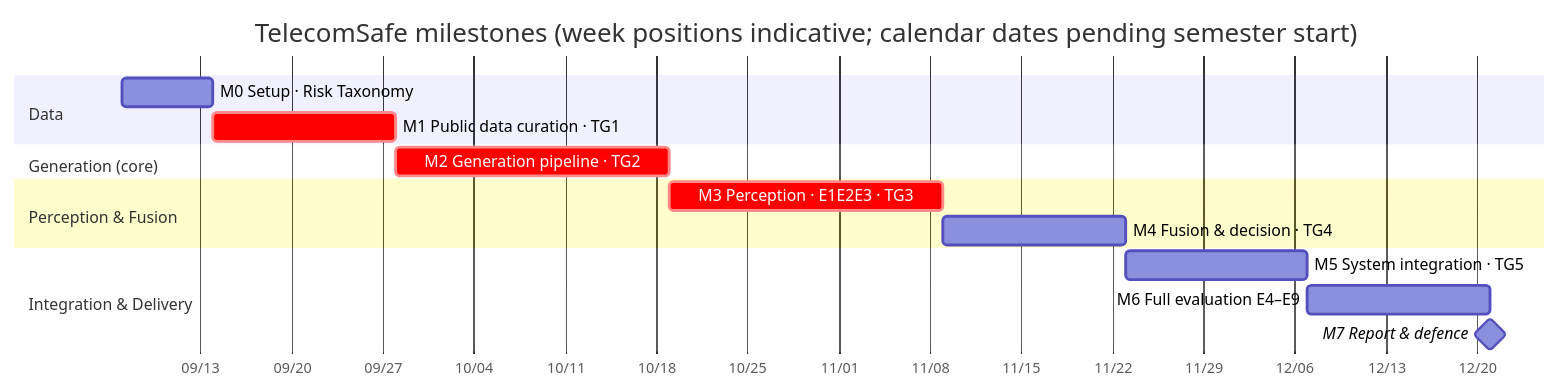
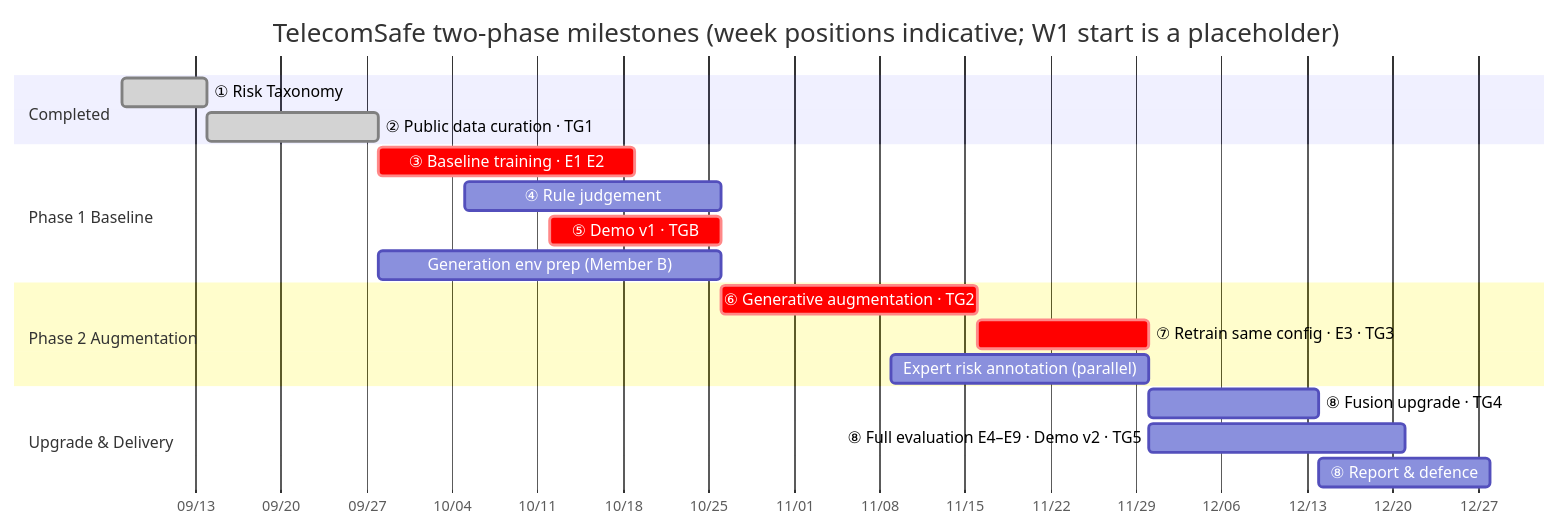
Before and after one commit to muamuauh/AY26S1-45-SPML: the fourth of 4 diagrams in docs/05-Technological-Roadmap-EN.md, drawn with Mermaid. The commit also changed other lines of this file and 17 other files, not shown here.

First line of the commit message:
docs: switch to baseline-first two-phase flow and prune stale content

````diff
--- a/docs/05-Technological-Roadmap-EN.md
+++ b/docs/05-Technological-Roadmap-EN.md
@@ -338,22 +380,26 @@
 ```mermaid
 gantt
-    title TelecomSafe milestones (week positions indicative; calendar dates pending semester start)
+    title TelecomSafe two-phase milestones (week positions indicative; W1 start is a placeholder)
     dateFormat YYYY-MM-DD
     axisFormat %m/%d
 
-    section Data
-    M0 Setup · Risk Taxonomy        :m0, 2026-09-07, 7d
-    M1 Public data curation · TG1   :crit, m1, after m0, 14d
+    section Completed
+    ① Risk Taxonomy                 :done, m0, 2026-09-07, 7d
+    ② Public data curation · TG1    :done, m1, 2026-09-14, 14d
 
-    section Generation (core)
-    M2 Generation pipeline · TG2    :crit, m2, after m1, 21d
+    section Phase 1 Baseline
+    ③ Baseline training · E1 E2     :crit, a1, 2026-09-28, 21d
+    ④ Rule judgement                :a2, 2026-10-05, 21d
+    ⑤ Demo v1 · TGB                 :crit, a3, 2026-10-12, 14d
+    Generation env prep (Member B)  :b0, 2026-09-28, 28d
 
-    section Perception & Fusion
-    M3 Perception · E1E2E3 · TG3    :crit, m3, after m2, 21d
-    M4 Fusion & decision · TG4      :m4, after m3, 14d
+    section Phase 2 Augmentation
+    ⑥ Generative augmentation · TG2 :crit, b1, 2026-10-26, 21d
+    ⑦ Retrain same config · E3 · TG3 :crit, b2, 2026-11-16, 14d
+    Expert risk annotation (parallel) :b3, 2026-11-09, 21d
 
-    section Integration & Delivery
-    M5 System integration · TG5     :m5, after m4, 14d
-    M6 Full evaluation E4–E9        :m6, after m5, 14d
-    M7 Report & defence             :milestone, m7, after m6, 0d
+    section Upgrade & Delivery
+    ⑧ Fusion upgrade · TG4          :c1, 2026-11-30, 14d
+    ⑧ Full evaluation E4–E9 · Demo v2 · TG5 :c2, 2026-11-30, 21d
+    ⑧ Report & defence              :c3, 2026-12-14, 14d
 ```
````
